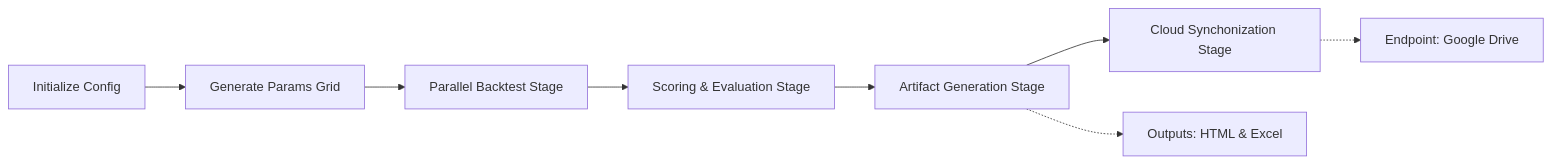
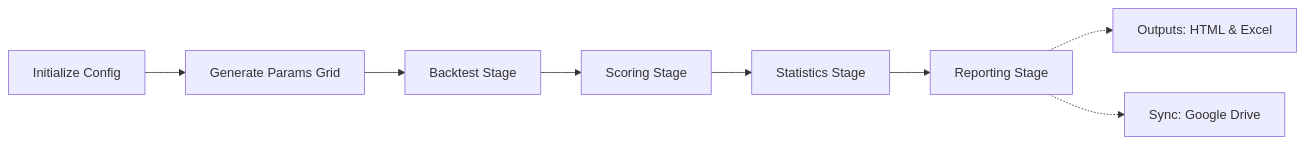
The second of 2 diagrams in README.md (Thanhnt15/GigaAlpha), drawn with Mermaid before and after one commit. The commit also changed other lines of this file and 1 other file, not shown here.

Commit message:
docs: refactor documentation to clarify pipeline stages, project structure, and workflow architecture

````diff
--- a/README.md
+++ b/README.md
@@ -69,11 +49,11 @@
 ```mermaid
 flowchart LR
     A["Initialize Config"] --> B["Generate Params Grid"]
-    B --> C["Parallel Backtest Stage"]
-    C --> D["Scoring & Evaluation Stage"]
-    D --> E["Artifact Generation Stage"]
-    E --> F["Cloud Synchonization Stage"]
+    B --> C["Backtest Stage"]
+    C --> D["Scoring Stage"]
+    D --> E["Statistics Stage"]
+    E --> F["Reporting Stage"]
 
-    E -.-> V["Outputs: HTML & Excel"]
-    F -.-> Ep["Endpoint: Google Drive"]
+    F -.-> V["Outputs: HTML & Excel"]
+    F -.-> G["Sync: Google Drive"]
 ```
````
